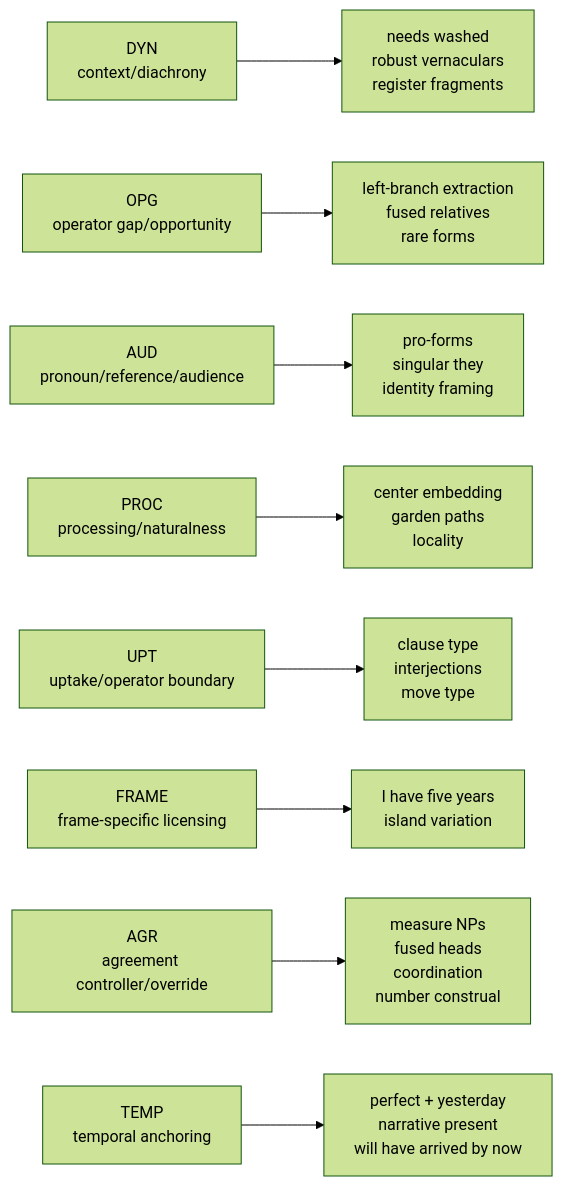
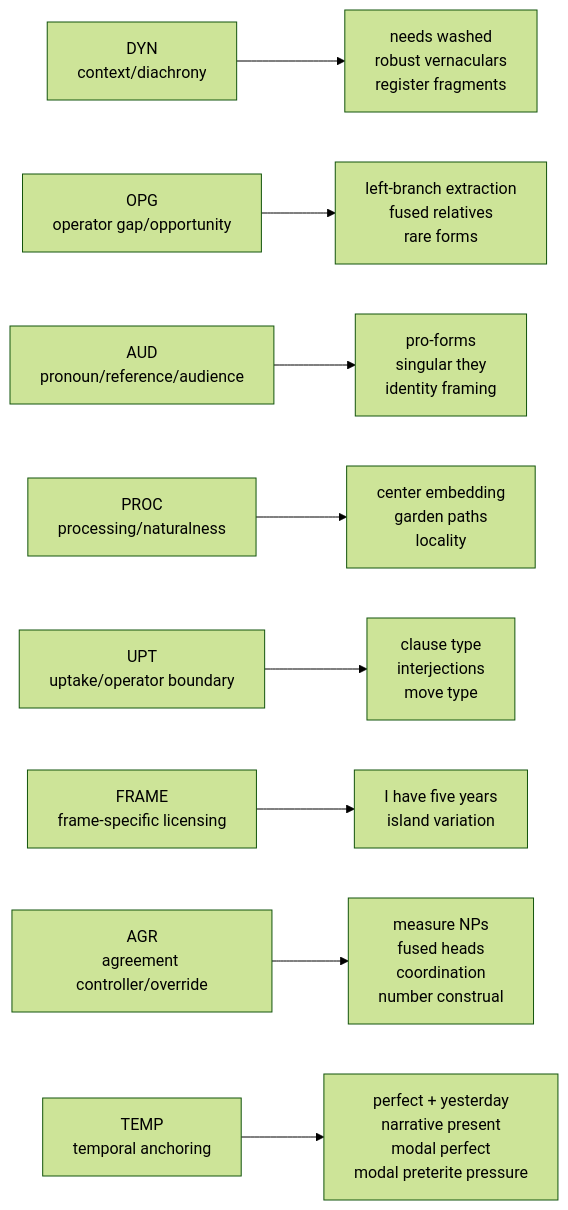
Before and after one commit to BrettRey/Grammaticality-de-idealized-v2: the first of 4 diagrams in subprojects/evolutionary-dag-workbench/notes/state-of-search-report-2026-06-09.md, drawn with Mermaid (forest theme). The commit also changed other lines of this file and 7 other files, not shown here.

Commit message:
Test temporal anchor candidate on modal preterite

````diff
--- a/subprojects/evolutionary-dag-workbench/notes/state-of-search-report-2026-06-09.md
+++ b/subprojects/evolutionary-dag-workbench/notes/state-of-search-report-2026-06-09.md
@@ -25,20 +26,20 @@
 ```mermaid
 flowchart LR
   DYN["DYN<br/>context/diachrony"]
   OPG["OPG<br/>operator gap/opportunity"]
   AUD["AUD<br/>pronoun/reference/audience"]
   PROC["PROC<br/>processing/naturalness"]
   UPT["UPT<br/>uptake/operator boundary"]
   FRAME["FRAME<br/>frame-specific licensing"]
   AGR["AGR<br/>agreement controller/override"]
   TEMP["TEMP<br/>temporal anchoring"]
 
   DYN --> ContextCases["needs washed<br/>robust vernaculars<br/>register fragments"]
   OPG --> GapCases["left-branch extraction<br/>fused relatives<br/>rare forms"]
   AUD --> PronounCases["pro-forms<br/>singular they<br/>identity framing"]
   PROC --> ProcessingCases["center embedding<br/>garden paths<br/>locality"]
   UPT --> UptakeCases["clause type<br/>interjections<br/>move type"]
   FRAME --> FrameCases["I have five years<br/>island variation"]
   AGR --> AgreementCases["measure NPs<br/>fused heads<br/>coordination<br/>number construal"]
-  TEMP --> TemporalCases["perfect + yesterday<br/>narrative present<br/>will have arrived by now"]
+  TEMP --> TemporalCases["perfect + yesterday<br/>narrative present<br/>modal perfect<br/>modal preterite pressure"]
 ```
````
